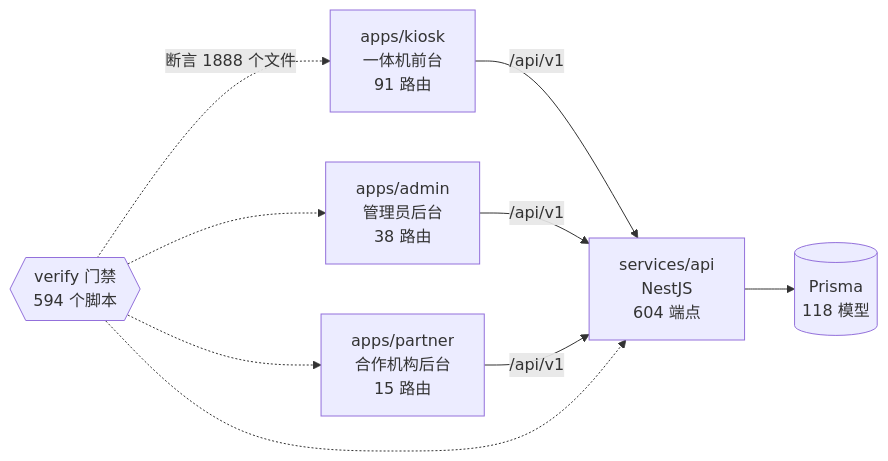
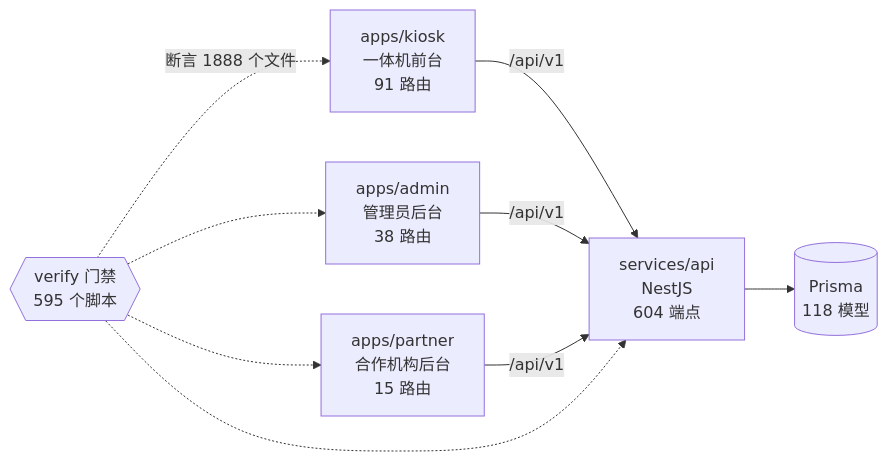
Before and after one commit to wanglei581/YITIJI: the diagram in docs/graph/README.md, drawn with Mermaid. The commit also changed other lines of this file and 6 other files, not shown here.

````diff
--- a/docs/graph/README.md
+++ b/docs/graph/README.md
@@ -68,18 +68,18 @@
 ```mermaid
 flowchart LR
   kiosk["apps/kiosk<br/>一体机前台<br/>91 路由"]
   admin["apps/admin<br/>管理员后台<br/>38 路由"]
   partner["apps/partner<br/>合作机构后台<br/>15 路由"]
   api["services/api<br/>NestJS<br/>604 端点"]
   db[("Prisma<br/>118 模型")]
-  gates{{"verify 门禁<br/>594 个脚本"}}
+  gates{{"verify 门禁<br/>595 个脚本"}}
 
   kiosk -->|"/api/v1"| api
   admin -->|"/api/v1"| api
   partner -->|"/api/v1"| api
   api --> db
   gates -.->|"断言 1888 个文件"| kiosk
   gates -.-> admin
   gates -.-> partner
   gates -.-> api
 ```
````
